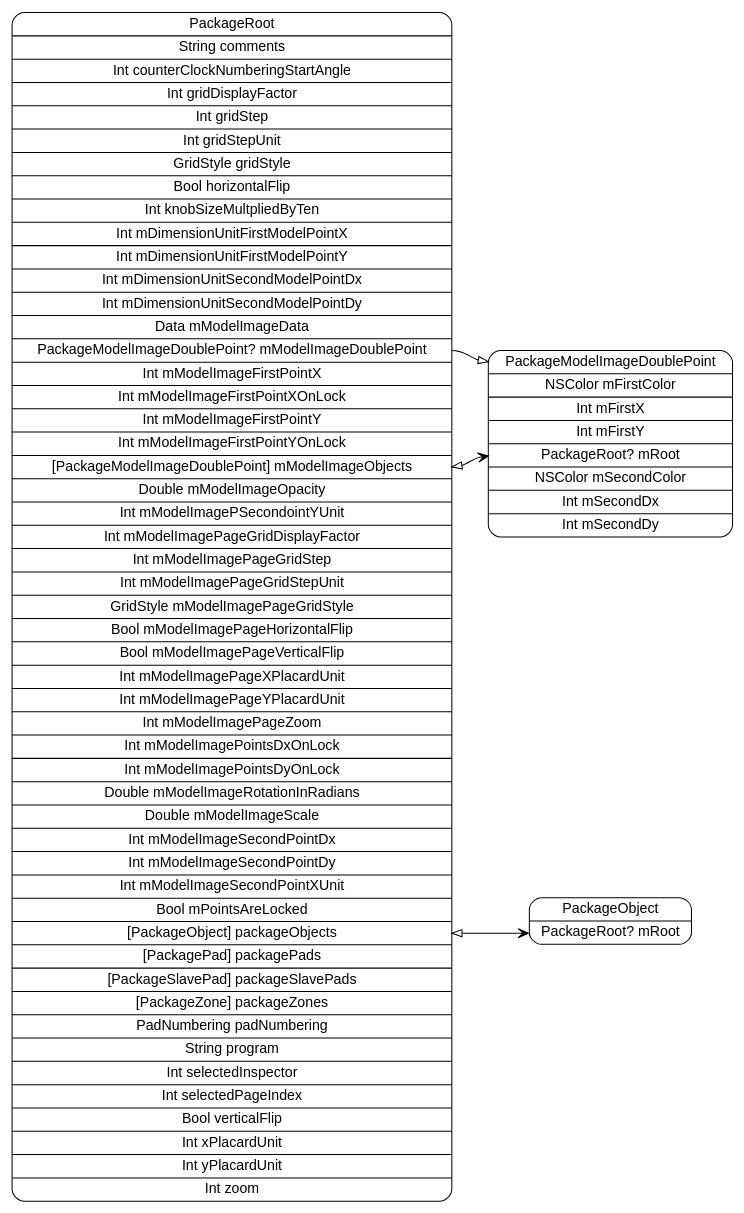
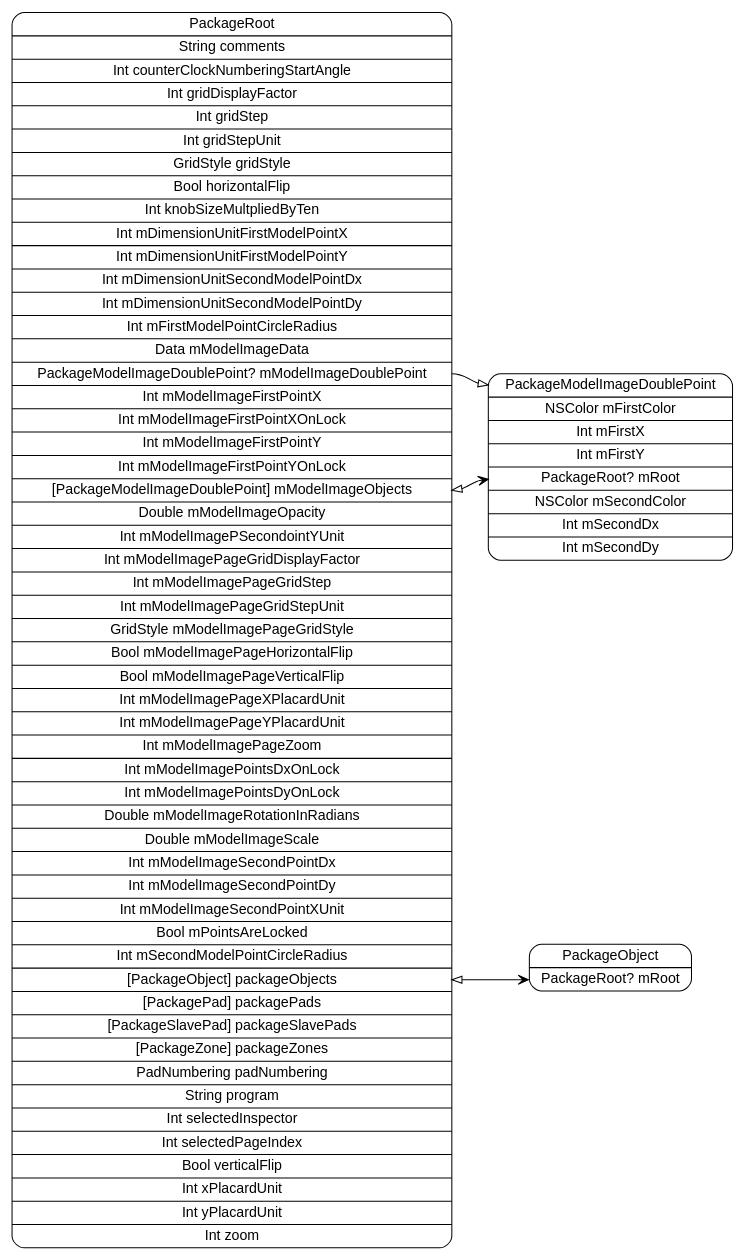
One commit to pierremolinaro/ElCanari-dev changed the diagram in models/PackageRoot.dot. Above: the diagram before and after it, drawn with Graphviz. The commit also changed 23 other files, not shown here.

Commit message:
Package model image : ajout sliders de contrôle de la taille des points

```diff
--- a/models/PackageRoot.dot
+++ b/models/PackageRoot.dot
@@ -1,10 +1,10 @@
 digraph G {
   rankdir=LR ;
   node [shape=record fontname=helvetica style=rounded] ;
-  PackageRoot[label="<PackageRoot>PackageRoot|String comments|Int counterClockNumberingStartAngle|Int gridDisplayFactor|Int gridStep|Int gridStepUnit|GridStyle gridStyle|Bool horizontalFlip|Int knobSizeMultpliedByTen|Int mDimensionUnitFirstModelPointX|Int mDimensionUnitFirstModelPointY|Int mDimensionUnitSecondModelPointDx|Int mDimensionUnitSecondModelPointDy|Data mModelImageData|<mModelImageDoublePoint>PackageModelImageDoublePoint? mModelImageDoublePoint|Int mModelImageFirstPointX|Int mModelImageFirstPointXOnLock|Int mModelImageFirstPointY|Int mModelImageFirstPointYOnLock|<mModelImageObjects>[PackageModelImageDoublePoint] mModelImageObjects|Double mModelImageOpacity|Int mModelImagePSecondointYUnit|Int mModelImagePageGridDisplayFactor|Int mModelImagePageGridStep|Int mModelImagePageGridStepUnit|GridStyle mModelImagePageGridStyle|Bool mModelImagePageHorizontalFlip|Bool mModelImagePageVerticalFlip|Int mModelImagePageXPlacardUnit|Int mModelImagePageYPlacardUnit|Int mModelImagePageZoom|Int mModelImagePointsDxOnLock|Int mModelImagePointsDyOnLock|Double mModelImageRotationInRadians|Double mModelImageScale|Int mModelImageSecondPointDx|Int mModelImageSecondPointDy|Int mModelImageSecondPointXUnit|Bool mPointsAreLocked|<packageObjects>[PackageObject] packageObjects|<packagePads>[PackagePad] packagePads|<packageSlavePads>[PackageSlavePad] packageSlavePads|<packageZones>[PackageZone] packageZones|PadNumbering padNumbering|String program|Int selectedInspector|Int selectedPageIndex|Bool verticalFlip|Int xPlacardUnit|Int yPlacardUnit|Int zoom"] ;
+  PackageRoot[label="<PackageRoot>PackageRoot|String comments|Int counterClockNumberingStartAngle|Int gridDisplayFactor|Int gridStep|Int gridStepUnit|GridStyle gridStyle|Bool horizontalFlip|Int knobSizeMultpliedByTen|Int mDimensionUnitFirstModelPointX|Int mDimensionUnitFirstModelPointY|Int mDimensionUnitSecondModelPointDx|Int mDimensionUnitSecondModelPointDy|Int mFirstModelPointCircleRadius|Data mModelImageData|<mModelImageDoublePoint>PackageModelImageDoublePoint? mModelImageDoublePoint|Int mModelImageFirstPointX|Int mModelImageFirstPointXOnLock|Int mModelImageFirstPointY|Int mModelImageFirstPointYOnLock|<mModelImageObjects>[PackageModelImageDoublePoint] mModelImageObjects|Double mModelImageOpacity|Int mModelImagePSecondointYUnit|Int mModelImagePageGridDisplayFactor|Int mModelImagePageGridStep|Int mModelImagePageGridStepUnit|GridStyle mModelImagePageGridStyle|Bool mModelImagePageHorizontalFlip|Bool mModelImagePageVerticalFlip|Int mModelImagePageXPlacardUnit|Int mModelImagePageYPlacardUnit|Int mModelImagePageZoom|Int mModelImagePointsDxOnLock|Int mModelImagePointsDyOnLock|Double mModelImageRotationInRadians|Double mModelImageScale|Int mModelImageSecondPointDx|Int mModelImageSecondPointDy|Int mModelImageSecondPointXUnit|Bool mPointsAreLocked|Int mSecondModelPointCircleRadius|<packageObjects>[PackageObject] packageObjects|<packagePads>[PackagePad] packagePads|<packageSlavePads>[PackageSlavePad] packageSlavePads|<packageZones>[PackageZone] packageZones|PadNumbering padNumbering|String program|Int selectedInspector|Int selectedPageIndex|Bool verticalFlip|Int xPlacardUnit|Int yPlacardUnit|Int zoom"] ;
   PackageObject[label="<PackageObject>PackageObject|<mRoot>PackageRoot? mRoot"] ;
   PackageModelImageDoublePoint[label="<PackageModelImageDoublePoint>PackageModelImageDoublePoint|NSColor mFirstColor|Int mFirstX|Int mFirstY|<mRoot>PackageRoot? mRoot|NSColor mSecondColor|Int mSecondDx|Int mSecondDy"] ;
   PackageRoot:mModelImageDoublePoint -> PackageModelImageDoublePoint:PackageModelImageDoublePoint [dir=both arrowtail=none arrowhead=onormal] ;
   PackageRoot:mModelImageObjects -> PackageModelImageDoublePoint:mRoot [dir=both arrowtail=onormal arrowhead=vee] ;
   PackageRoot:packageObjects -> PackageObject:mRoot [dir=both arrowtail=onormal arrowhead=vee] ;
 }
```
